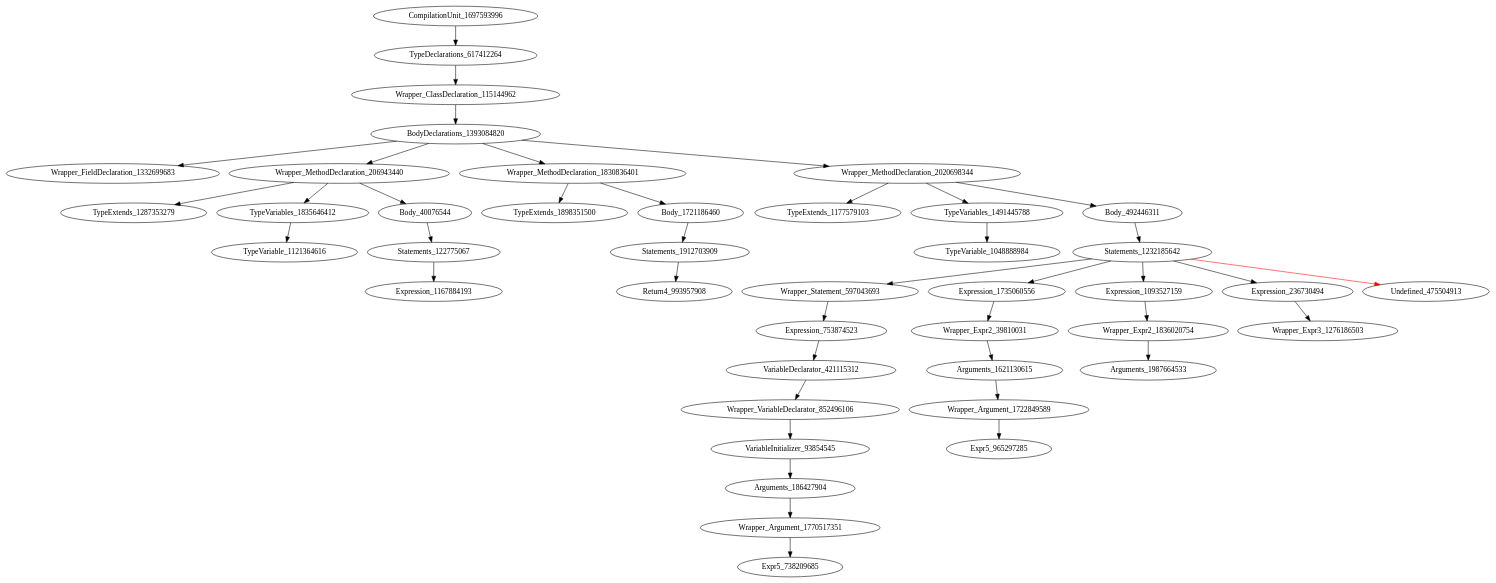
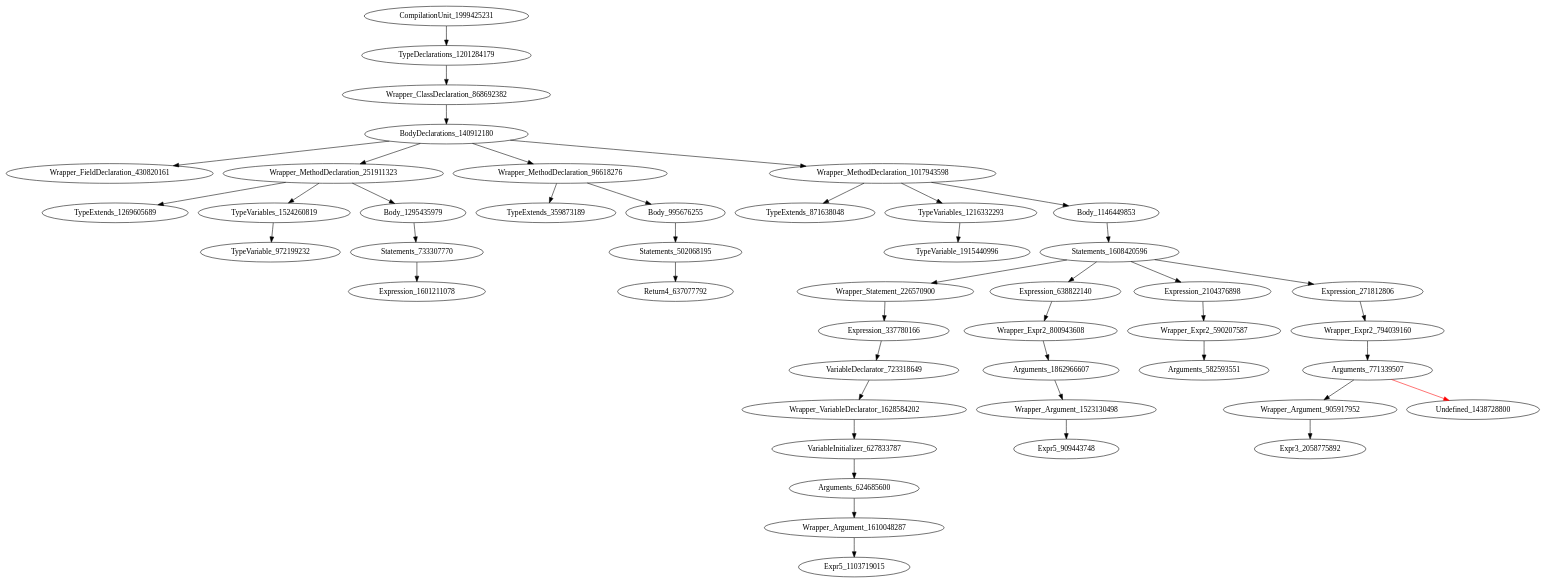
Before and after one commit to icse2023material/VoiceJava: the diagram in holeAST.dot, drawn with Graphviz. The commit also changed 5 other files, not shown here.

```diff
--- a/holeAST.dot
+++ b/holeAST.dot
@@ -1,43 +1,46 @@
 digraph {
-CompilationUnit_1697593996 -> TypeDeclarations_617412264
-TypeDeclarations_617412264 -> Wrapper_ClassDeclaration_115144962
-Wrapper_ClassDeclaration_115144962 -> BodyDeclarations_1393084820
-BodyDeclarations_1393084820 -> Wrapper_FieldDeclaration_1332699683
-BodyDeclarations_1393084820 -> Wrapper_MethodDeclaration_206943440
-BodyDeclarations_1393084820 -> Wrapper_MethodDeclaration_1830836401
-BodyDeclarations_1393084820 -> Wrapper_MethodDeclaration_2020698344
-Wrapper_MethodDeclaration_206943440 -> TypeExtends_1287353279
-Wrapper_MethodDeclaration_206943440 -> TypeVariables_1835646412
-Wrapper_MethodDeclaration_206943440 -> Body_40076544
-Wrapper_MethodDeclaration_1830836401 -> TypeExtends_1898351500
-Wrapper_MethodDeclaration_1830836401 -> Body_1721186460
-Wrapper_MethodDeclaration_2020698344 -> TypeExtends_1177579103
-Wrapper_MethodDeclaration_2020698344 -> TypeVariables_1491445788
-Wrapper_MethodDeclaration_2020698344 -> Body_492446311
-TypeVariables_1835646412 -> TypeVariable_1121364616
-Body_40076544 -> Statements_122775067
-Body_1721186460 -> Statements_1912703909
-TypeVariables_1491445788 -> TypeVariable_1048888984
-Body_492446311 -> Statements_1232185642
-Statements_122775067 -> Expression_1167884193
-Statements_1912703909 -> Return4_993957908
-Statements_1232185642 -> Wrapper_Statement_597043693
-Statements_1232185642 -> Expression_1735060556
-Statements_1232185642 -> Expression_1093527159
-Statements_1232185642 -> Expression_236730494
-Statements_1232185642 -> Undefined_475504913 [color = red] 
-Wrapper_Statement_597043693 -> Expression_753874523
-Expression_1735060556 -> Wrapper_Expr2_39810031
-Expression_1093527159 -> Wrapper_Expr2_1836020754
-Expression_236730494 -> Wrapper_Expr3_1276186503
-Expression_753874523 -> VariableDeclarator_421115312
-Wrapper_Expr2_39810031 -> Arguments_1621130615
-Wrapper_Expr2_1836020754 -> Arguments_1987664533
-VariableDeclarator_421115312 -> Wrapper_VariableDeclarator_852496106
-Arguments_1621130615 -> Wrapper_Argument_1722849589
-Wrapper_VariableDeclarator_852496106 -> VariableInitializer_93854545
-Wrapper_Argument_1722849589 -> Expr5_965297285
-VariableInitializer_93854545 -> Arguments_186427904
-Arguments_186427904 -> Wrapper_Argument_1770517351
-Wrapper_Argument_1770517351 -> Expr5_738209685
+CompilationUnit_1999425231 -> TypeDeclarations_1201284179
+TypeDeclarations_1201284179 -> Wrapper_ClassDeclaration_868692382
+Wrapper_ClassDeclaration_868692382 -> BodyDeclarations_140912180
+BodyDeclarations_140912180 -> Wrapper_FieldDeclaration_430820161
+BodyDeclarations_140912180 -> Wrapper_MethodDeclaration_251911323
+BodyDeclarations_140912180 -> Wrapper_MethodDeclaration_96618276
+BodyDeclarations_140912180 -> Wrapper_MethodDeclaration_1017943598
+Wrapper_MethodDeclaration_251911323 -> TypeExtends_1269605689
+Wrapper_MethodDeclaration_251911323 -> TypeVariables_1524260819
+Wrapper_MethodDeclaration_251911323 -> Body_1295435979
+Wrapper_MethodDeclaration_96618276 -> TypeExtends_359873189
+Wrapper_MethodDeclaration_96618276 -> Body_995676255
+Wrapper_MethodDeclaration_1017943598 -> TypeExtends_871638048
+Wrapper_MethodDeclaration_1017943598 -> TypeVariables_1216332293
+Wrapper_MethodDeclaration_1017943598 -> Body_1146449853
+TypeVariables_1524260819 -> TypeVariable_972199232
+Body_1295435979 -> Statements_733307770
+Body_995676255 -> Statements_502068195
+TypeVariables_1216332293 -> TypeVariable_1915440996
+Body_1146449853 -> Statements_1608420596
+Statements_733307770 -> Expression_1601211078
+Statements_502068195 -> Return4_637077792
+Statements_1608420596 -> Wrapper_Statement_226570900
+Statements_1608420596 -> Expression_638822140
+Statements_1608420596 -> Expression_2104376898
+Statements_1608420596 -> Expression_271812806
+Wrapper_Statement_226570900 -> Expression_337780166
+Expression_638822140 -> Wrapper_Expr2_800943608
+Expression_2104376898 -> Wrapper_Expr2_590207587
+Expression_271812806 -> Wrapper_Expr2_794039160
+Expression_337780166 -> VariableDeclarator_723318649
+Wrapper_Expr2_800943608 -> Arguments_1862966607
+Wrapper_Expr2_590207587 -> Arguments_582593551
+Wrapper_Expr2_794039160 -> Arguments_771339507
+VariableDeclarator_723318649 -> Wrapper_VariableDeclarator_1628584202
+Arguments_1862966607 -> Wrapper_Argument_1523130498
+Arguments_771339507 -> Wrapper_Argument_905917952
+Arguments_771339507 -> Undefined_1438728800 [color = red] 
+Wrapper_VariableDeclarator_1628584202 -> VariableInitializer_627833787
+Wrapper_Argument_1523130498 -> Expr5_909443748
+Wrapper_Argument_905917952 -> Expr3_2058775892
+VariableInitializer_627833787 -> Arguments_624685600
+Arguments_624685600 -> Wrapper_Argument_1610048287
+Wrapper_Argument_1610048287 -> Expr5_1103719015
 }
```
